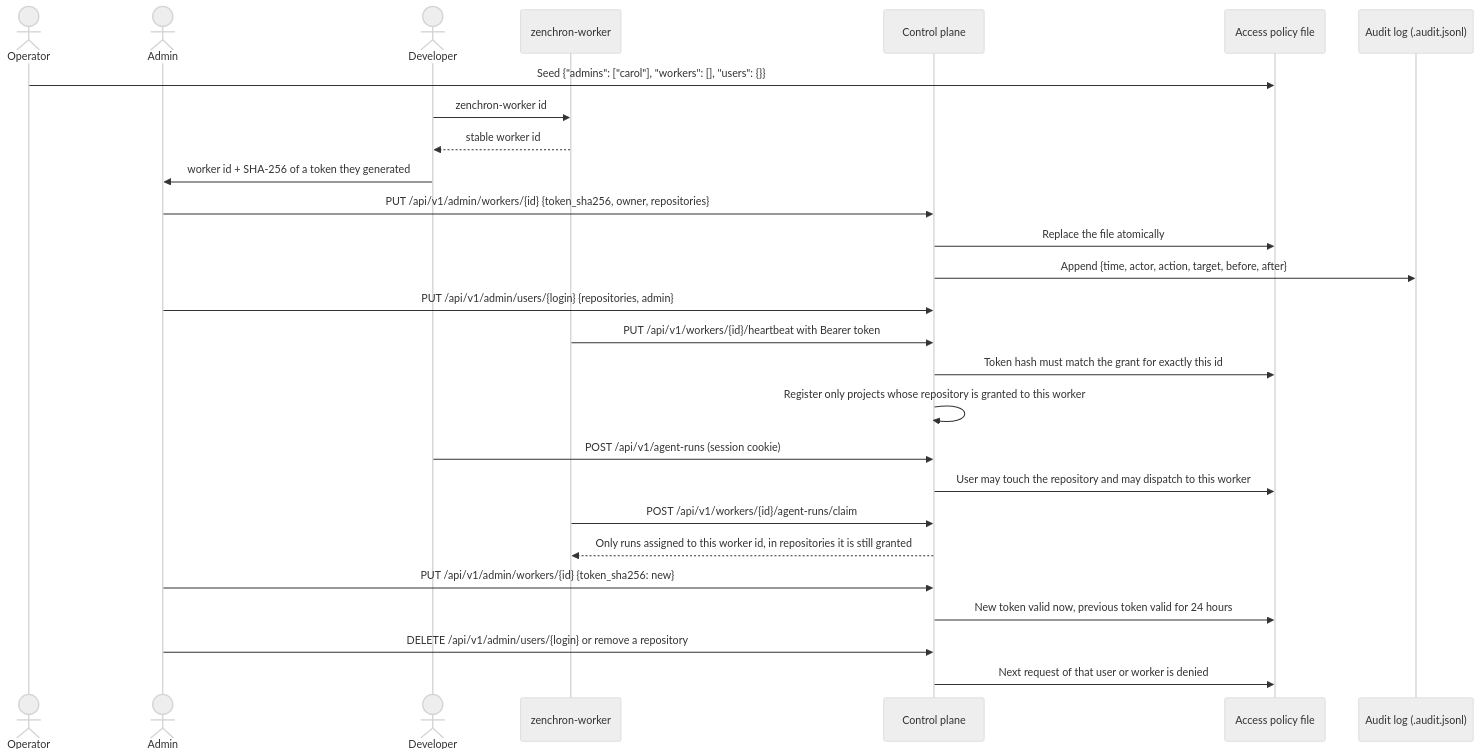
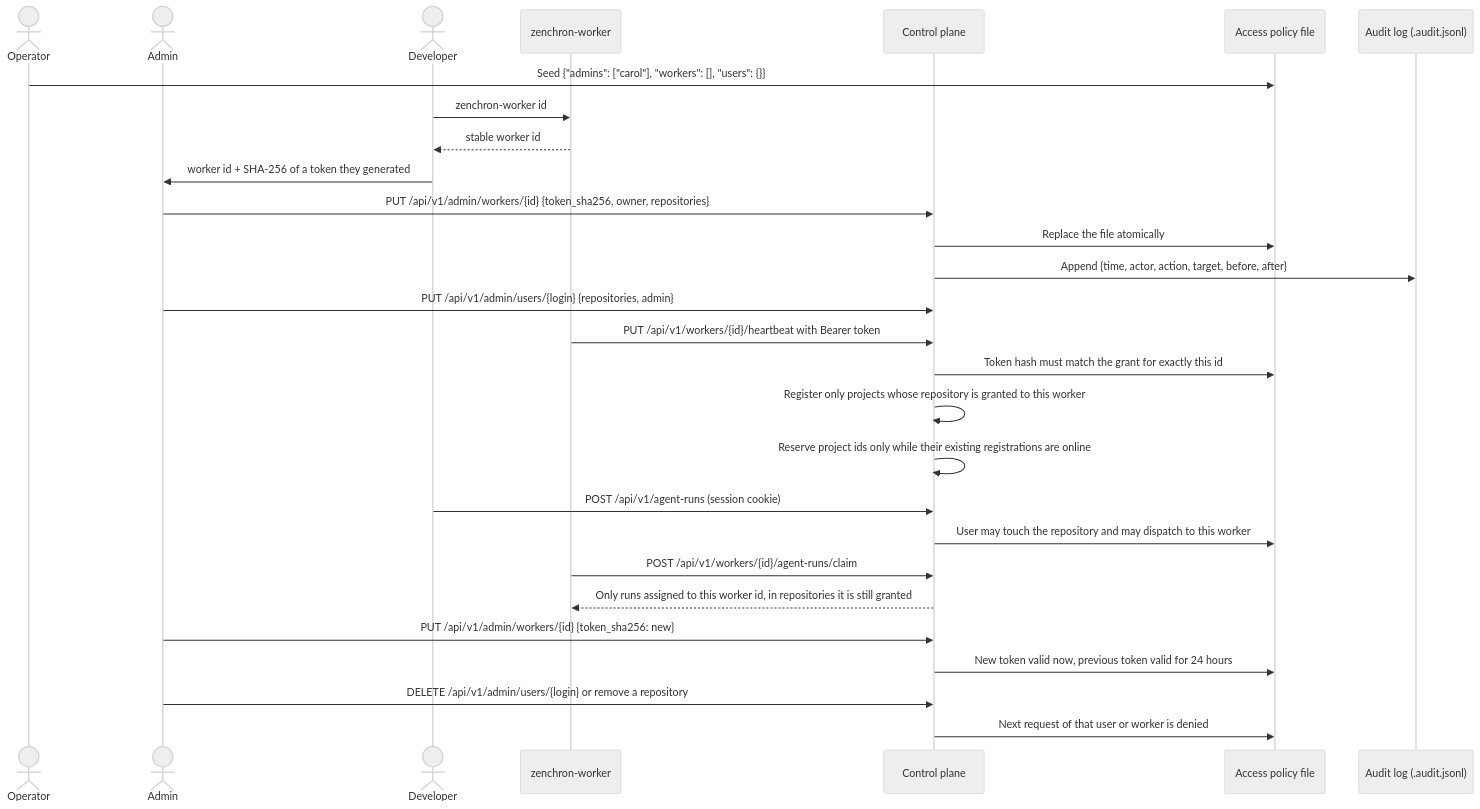
The first of 2 diagrams in docs/features/worker-enrollment-and-project-access.md (bogdaniel/zenchron-engineering-os), drawn with Mermaid (neutral theme) before and after one commit. The commit also changed other lines of this file and 3 other files, not shown here.

````diff
--- a/docs/features/worker-enrollment-and-project-access.md
+++ b/docs/features/worker-enrollment-and-project-access.md
@@ -10,29 +10,30 @@
 ```mermaid
 sequenceDiagram
   actor Operator
   actor Admin
   actor Developer
   participant Worker as zenchron-worker
   participant API as Control plane
   participant Policy as Access policy file
   participant Audit as Audit log (.audit.jsonl)
   Operator->>Policy: Seed {"admins": ["carol"], "workers": [], "users": {}}
   Developer->>Worker: zenchron-worker id
   Worker-->>Developer: stable worker id
   Developer->>Admin: worker id + SHA-256 of a token they generated
   Admin->>API: PUT /api/v1/admin/workers/{id} {token_sha256, owner, repositories}
   API->>Policy: Replace the file atomically
   API->>Audit: Append {time, actor, action, target, before, after}
   Admin->>API: PUT /api/v1/admin/users/{login} {repositories, admin}
   Worker->>API: PUT /api/v1/workers/{id}/heartbeat with Bearer token
   API->>Policy: Token hash must match the grant for exactly this id
   API->>API: Register only projects whose repository is granted to this worker
+  API->>API: Reserve project ids only while their existing registrations are online
   Developer->>API: POST /api/v1/agent-runs (session cookie)
   API->>Policy: User may touch the repository and may dispatch to this worker
   Worker->>API: POST /api/v1/workers/{id}/agent-runs/claim
   API-->>Worker: Only runs assigned to this worker id, in repositories it is still granted
   Admin->>API: PUT /api/v1/admin/workers/{id} {token_sha256: new}
   API->>Policy: New token valid now, previous token valid for 24 hours
   Admin->>API: DELETE /api/v1/admin/users/{login} or remove a repository
   API->>Policy: Next request of that user or worker is denied
 ```
````
